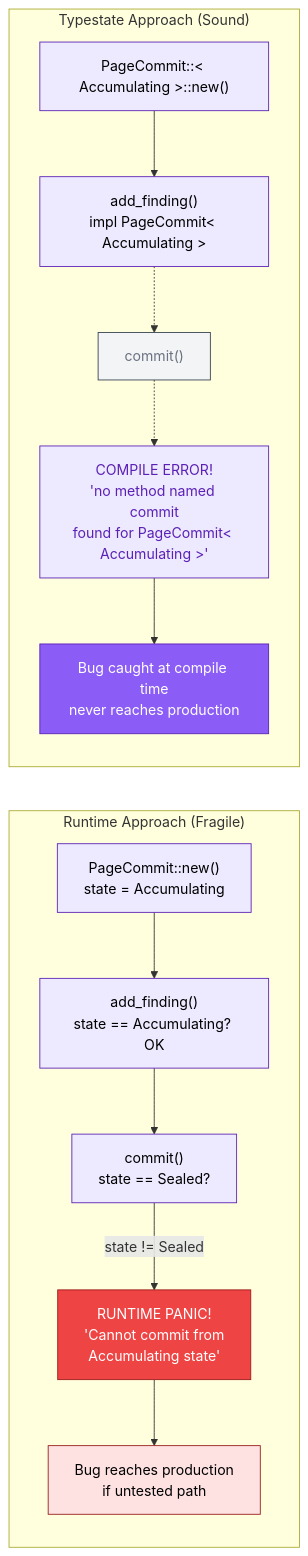
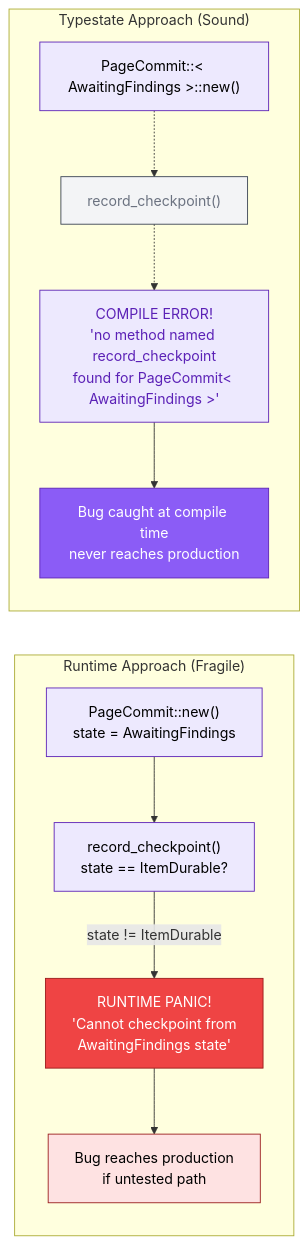
Before and after one commit to ahrav/Gossip-rs: the third of 4 diagrams in diagrams/08-pagecommit-typestate.md, drawn with Mermaid. The commit also changed other lines of this file and 29 other files, not shown here.

First line of the commit message:
Update diagram directory inventory and diagram counts

````diff
--- a/diagrams/08-pagecommit-typestate.md
+++ b/diagrams/08-pagecommit-typestate.md
@@ -234,45 +292,39 @@
 ```mermaid
 %% Diagram: runtime-vs-typestate-comparison
 graph LR
     subgraph runtime ["Runtime Approach (Fragile)"]
         direction TB
 
-        R_CREATE["PageCommit::new()<br/>state = Accumulating"]
-        R_ADD["add_finding()<br/>state == Accumulating? OK"]
-        R_COMMIT["commit()<br/>state == Sealed?"]
-        R_PANIC["RUNTIME PANIC!<br/>'Cannot commit from<br/>Accumulating state'"]
+        R_CREATE["PageCommit::new()<br/>state = AwaitingFindings"]
+        R_SKIP["record_checkpoint()<br/>state == ItemDurable?"]
+        R_PANIC["RUNTIME PANIC!<br/>'Cannot checkpoint from<br/>AwaitingFindings state'"]
         R_PROD["Bug reaches production<br/>if untested path"]
 
-        R_CREATE --> R_ADD
-        R_ADD --> R_COMMIT
-        R_COMMIT -->|"state != Sealed"| R_PANIC
+        R_CREATE --> R_SKIP
+        R_SKIP -->|"state != ItemDurable"| R_PANIC
         R_PANIC --> R_PROD
     end
 
     subgraph typestate ["Typestate Approach (Sound)"]
         direction TB
 
-        T_CREATE["PageCommit::< Accumulating >::new()"]
-        T_ADD["add_finding()<br/>impl PageCommit< Accumulating >"]
-        T_COMMIT["commit()"]
-        T_ERROR["COMPILE ERROR!<br/>'no method named commit<br/>found for PageCommit< Accumulating >'"]
+        T_CREATE["PageCommit::< AwaitingFindings >::new()"]
+        T_SKIP["record_checkpoint()"]
+        T_ERROR["COMPILE ERROR!<br/>'no method named record_checkpoint<br/>found for PageCommit< AwaitingFindings >'"]
         T_SAFE["Bug caught at compile time<br/>never reaches production"]
 
-        T_CREATE --> T_ADD
-        T_ADD -.-> T_COMMIT
-        T_COMMIT -.-> T_ERROR
+        T_CREATE -.-> T_SKIP
+        T_SKIP -.-> T_ERROR
         T_ERROR --> T_SAFE
     end
 
     style R_CREATE fill:#EDE9FE,stroke:#5B21B6,color:#000
-    style R_ADD fill:#EDE9FE,stroke:#5B21B6,color:#000
-    style R_COMMIT fill:#EDE9FE,stroke:#5B21B6,color:#000
+    style R_SKIP fill:#EDE9FE,stroke:#5B21B6,color:#000
     style R_PANIC fill:#EF4444,stroke:#991B1B,color:#FFF
     style R_PROD fill:#FEE2E2,stroke:#991B1B,color:#000
 
     style T_CREATE fill:#EDE9FE,stroke:#5B21B6,color:#000
-    style T_ADD fill:#EDE9FE,stroke:#5B21B6,color:#000
-    style T_COMMIT fill:#F3F4F6,stroke:#374151,color:#6B7280
+    style T_SKIP fill:#F3F4F6,stroke:#374151,color:#6B7280
     style T_ERROR fill:#EDE9FE,stroke:#5B21B6,color:#5B21B6
     style T_SAFE fill:#8B5CF6,stroke:#5B21B6,color:#FFF
 ```
````
